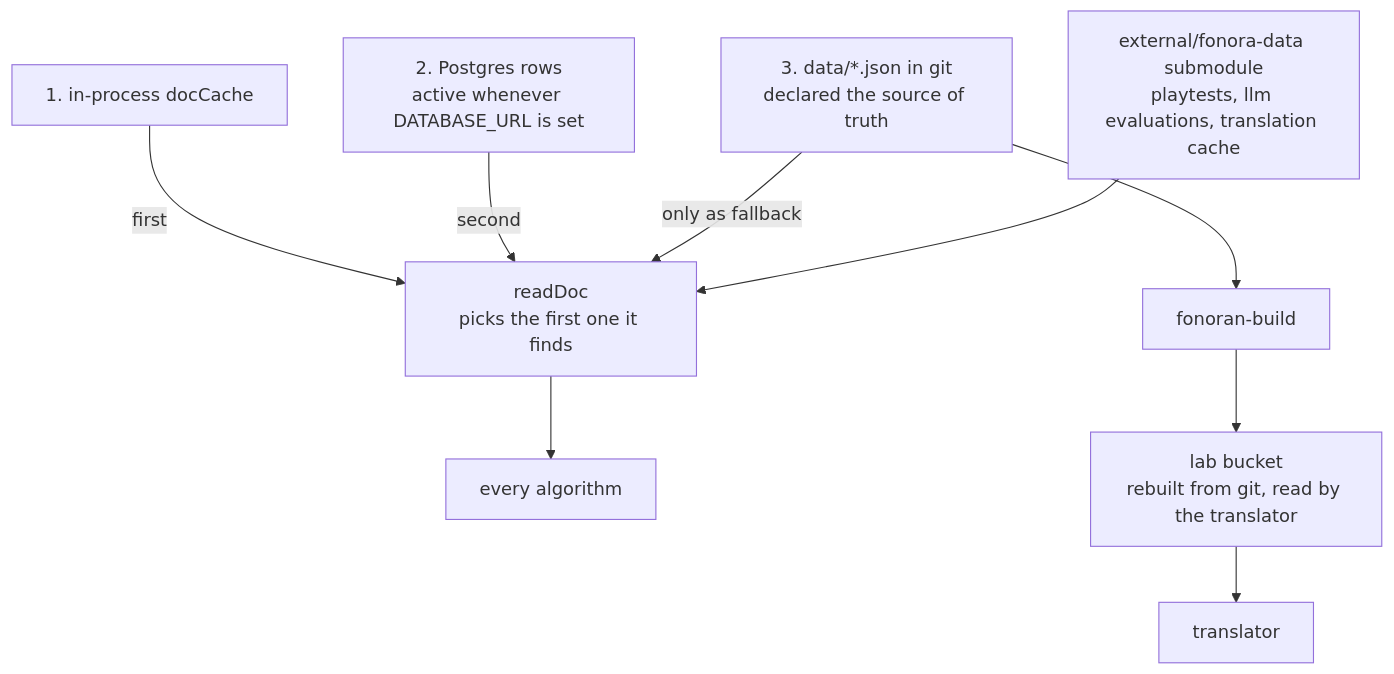
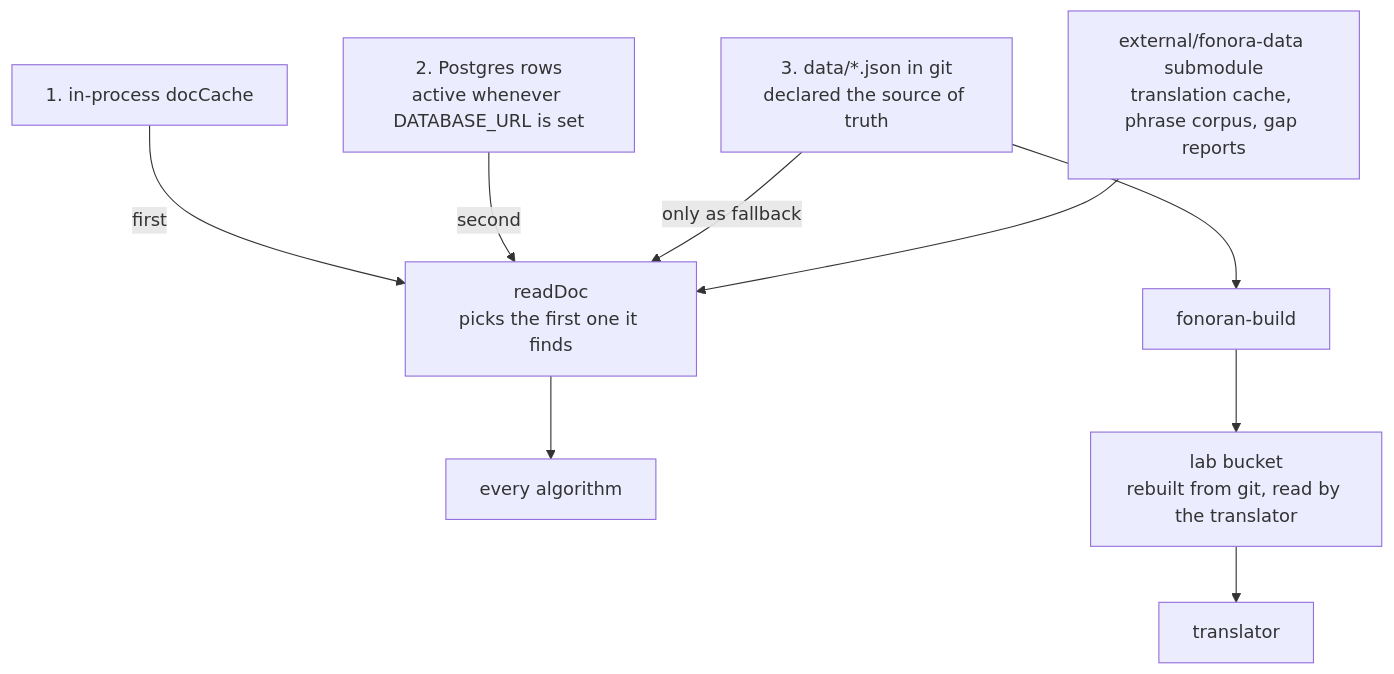
The second of 3 diagrams in docs/fonoran-architecture.md (Fonora/fonora), drawn with Mermaid before and after one commit. The commit also changed other lines of this file and 180 other files, not shown here.

````diff
--- a/docs/fonoran-architecture.md
+++ b/docs/fonoran-architecture.md
@@ -42,21 +42,21 @@
 ```mermaid
 flowchart TD
   MEM["1. in-process docCache"]
   PG["2. Postgres rows\nactive whenever DATABASE_URL is set"]
   GIT["3. data/*.json in git\ndeclared the source of truth"]
-  EXT["external/fonora-data submodule\nplaytests, llm evaluations, translation cache"]
+  EXT["external/fonora-data submodule\ntranslation cache, phrase corpus, gap reports"]
   READ["readDoc\npicks the first one it finds"]
   ALGOS["every algorithm"]
   BUILD["fonoran-build"]
   LAB["lab bucket\nrebuilt from git, read by the translator"]
   TRANSLATE["translator"]
 
   MEM -->|"first"| READ
   PG -->|"second"| READ
   GIT -->|"only as fallback"| READ
   EXT --> READ
   READ --> ALGOS
   GIT --> BUILD
   BUILD --> LAB
   LAB --> TRANSLATE
 ```
````
